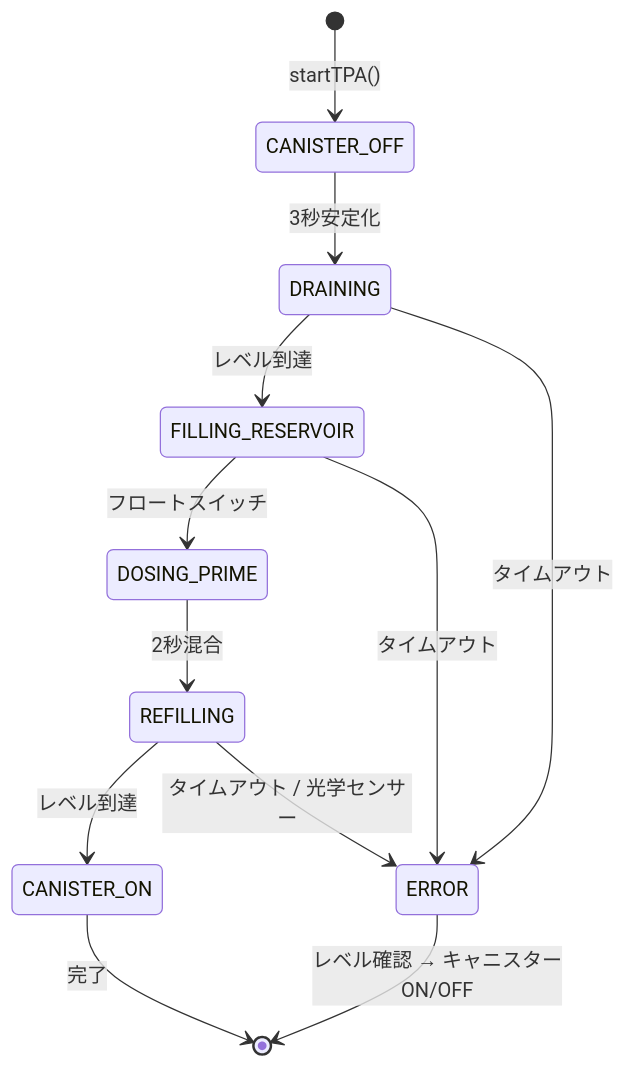
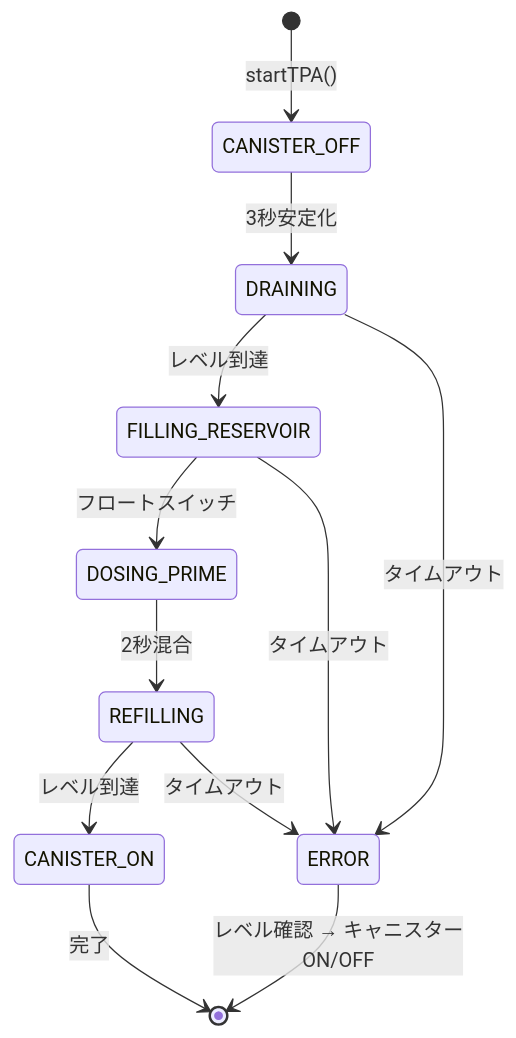
Before and after one commit to PhilipeGatis/IARA: the first of 2 diagrams in README.ja.md, drawn with Mermaid. The commit also changed other lines of this file and 9 other files, not shown here.

````diff
--- a/README.ja.md
+++ b/README.ja.md
@@ -75,15 +75,15 @@
 ```mermaid
 stateDiagram-v2
     [*] --> CANISTER_OFF: startTPA()
     CANISTER_OFF --> DRAINING: 3秒安定化
     DRAINING --> FILLING_RESERVOIR: レベル到達
     FILLING_RESERVOIR --> DOSING_PRIME: フロートスイッチ
     DOSING_PRIME --> REFILLING: 2秒混合
     REFILLING --> CANISTER_ON: レベル到達
     CANISTER_ON --> [*]: 完了
 
     DRAINING --> ERROR: タイムアウト
     FILLING_RESERVOIR --> ERROR: タイムアウト
-    REFILLING --> ERROR: タイムアウト / 光学センサー
+    REFILLING --> ERROR: タイムアウト
     ERROR --> [*]: レベル確認 → キャニスターON/OFF
 ```
````
